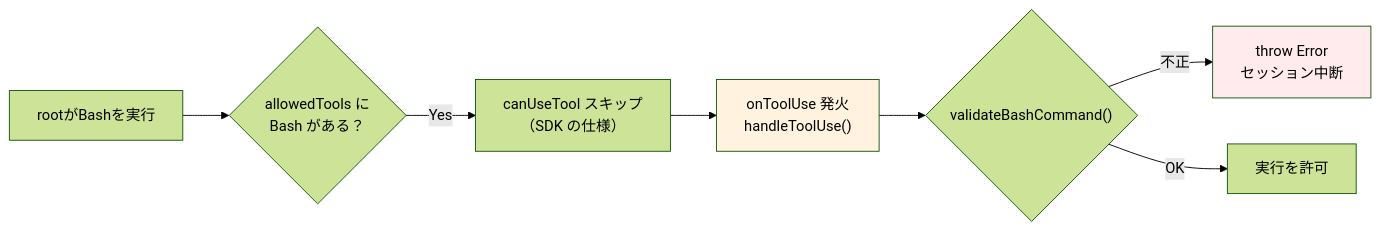
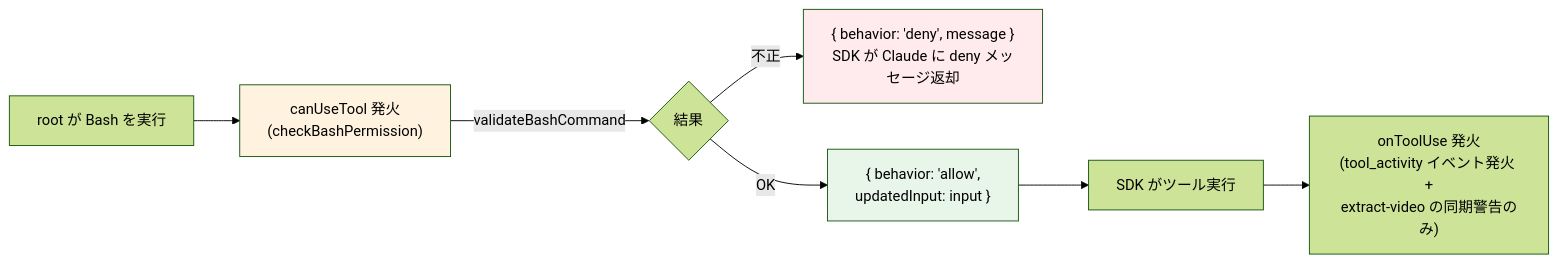
The eighth of 19 diagrams in packages/core/docs/reading-guide.md (yukaorange/dcc_suport), drawn with Mermaid (forest theme) before and after one commit. The commit also changed other lines of this file and 12 other files, not shown here.

Commit message:
chore(docs): アーキテクチャ図の更新とIllustrator/Photoshopスキルの追加

````diff
--- a/packages/core/docs/reading-guide.md
+++ b/packages/core/docs/reading-guide.md
@@ -257,12 +285,13 @@
 ```mermaid
 flowchart LR
-    A["rootがBashを実行"] --> B{"allowedTools に\nBash がある？"}
-    B -->|Yes| C["canUseTool スキップ\n（SDK の仕様）"]
-    C --> D["onToolUse 発火\nhandleToolUse()"]
-    D --> E{"validateBashCommand()"}
-    E -->|不正| F["throw Error\nセッション中断"]
-    E -->|OK| G["実行を許可"]
+    A["root が Bash を実行"] --> B["canUseTool 発火<br/>(checkBashPermission)"]
+    B -->|"validateBashCommand"| C{結果}
+    C -->|不正| D["{ behavior: 'deny', message }<br/>SDK が Claude に deny メッセージ返却"]
+    C -->|OK| E["{ behavior: 'allow',<br/>updatedInput: input }"]
+    E --> F["SDK がツール実行"]
+    F --> G["onToolUse 発火<br/>(tool_activity イベント発火 +<br/>extract-video の同期警告のみ)"]
 
-    style D fill:#fff3e0
-    style F fill:#ffebee
+    style B fill:#fff3e0
+    style D fill:#ffebee
+    style E fill:#e8f5e9
 ```
````
